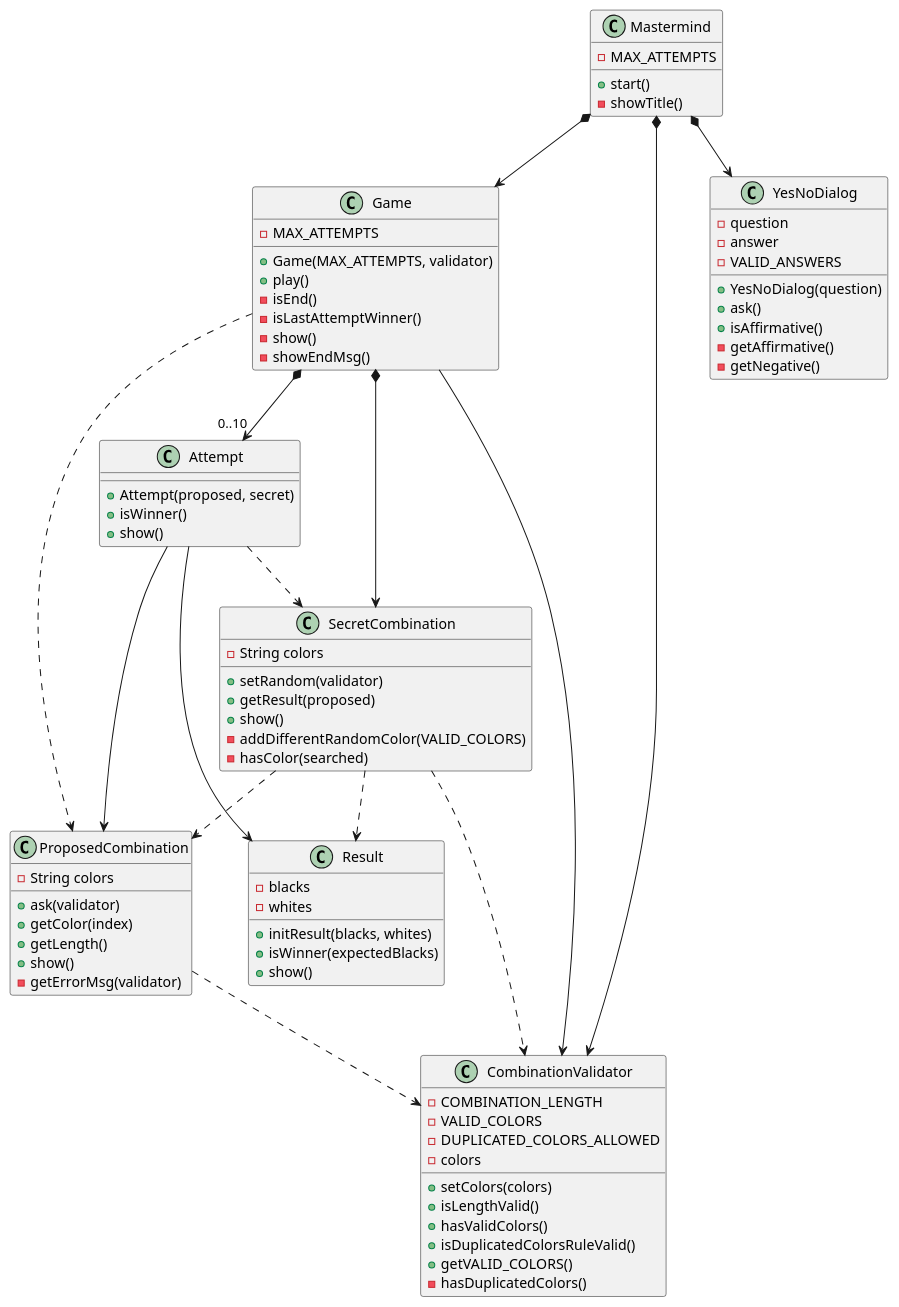
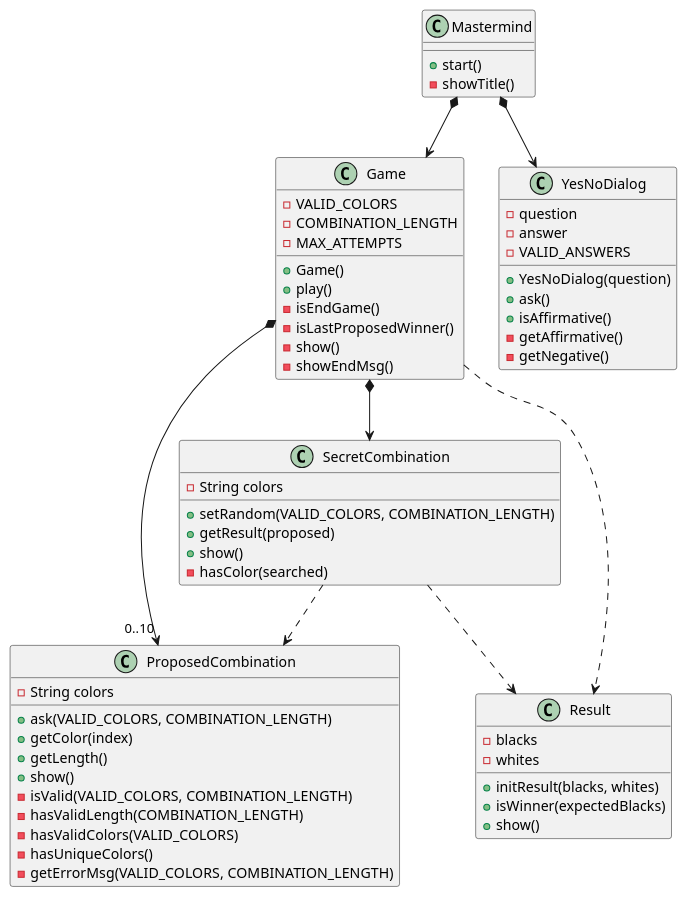
Before and after one commit to PabloMartinFluvia/myGame-mastermind: the diagram in docs/dev-resume/analysis.plantuml, drawn with PlantUML. The commit also changed 1 other file, not shown here.

Commit message:
removed validator

```diff
--- a/docs/dev-resume/analysis.plantuml
+++ b/docs/dev-resume/analysis.plantuml
@@ -1,98 +1,72 @@
 @startuml analysis
 
-class Mastermind{    
-    - MAX_ATTEMPTS
+class Mastermind{  
 
     + start()
     - showTitle()    
 }
 Mastermind *--> Game
-Mastermind *--> CombinationValidator
 Mastermind *--> YesNoDialog
 
 class Game{
+    - VALID_COLORS
+    - COMBINATION_LENGTH    
     - MAX_ATTEMPTS
 
-    + Game(MAX_ATTEMPTS, validator)
+    + Game()
     + play()        
-    - isEnd()    
-    - isLastAttemptWinner()
+    - isEndGame()    
+    - isLastProposedWinner()
     - show()
     - showEndMsg()
 }
-Game --> CombinationValidator
 Game *--> SecretCombination
-Game *--> "0..10" Attempt
-Game .down.> ProposedCombination
+Game *--> "0..10" ProposedCombination
+Game ..> Result
 
-
-class Attempt {
-    + Attempt(proposed, secret)
-    + isWinner()
-    + show()    
+class SecretCombination{
+    - String colors
+    
+    + setRandom(VALID_COLORS, COMBINATION_LENGTH)
+    + getResult(proposed)
+    + show()
+    - hasColor(searched)
 }
-Attempt --> ProposedCombination
-Attempt .down.> SecretCombination
-Attempt --> Result
+SecretCombination .down.> ProposedCombination
+SecretCombination .down.> Result
 
 class ProposedCombination{
     - String colors    
 
-    + ask(validator)   
+    + ask(VALID_COLORS, COMBINATION_LENGTH)   
     + getColor(index)
     + getLength()    
     + show() 
-    - getErrorMsg(validator)
+    - isValid(VALID_COLORS, COMBINATION_LENGTH)
+    - hasValidLength(COMBINATION_LENGTH)
+    - hasValidColors(VALID_COLORS)
+    - hasUniqueColors()
+    - getErrorMsg(VALID_COLORS, COMBINATION_LENGTH)
 }
-ProposedCombination .down.> CombinationValidator
-
-class SecretCombination{
-    - String colors
-    
-    + setRandom(validator)
-    + getResult(proposed)
-    + show()
-    - addDifferentRandomColor(VALID_COLORS)
-    - hasColor(searched)
-}
-
-SecretCombination .down.> ProposedCombination
-SecretCombination .down.> CombinationValidator
-SecretCombination .down.> Result
 
 class Result{
     -blacks
     -whites
 
     + initResult(blacks, whites)
     + isWinner(expectedBlacks)
     + show()    
-}
-
-class CombinationValidator {            
-    - COMBINATION_LENGTH
-    - VALID_COLORS
-    - DUPLICATED_COLORS_ALLOWED
-    - colors
-    
-    + setColors(colors)
-    + isLengthValid()
-    + hasValidColors()
-    + isDuplicatedColorsRuleValid()
-    + getVALID_COLORS()
-    - hasDuplicatedColors()
-    
 }
 
 class YesNoDialog {
     - question
     - answer
     - VALID_ANSWERS
 
     +YesNoDialog(question)
     + ask()
     + isAffirmative()
     - getAffirmative()
     - getNegative()
 }
 @enduml
```
